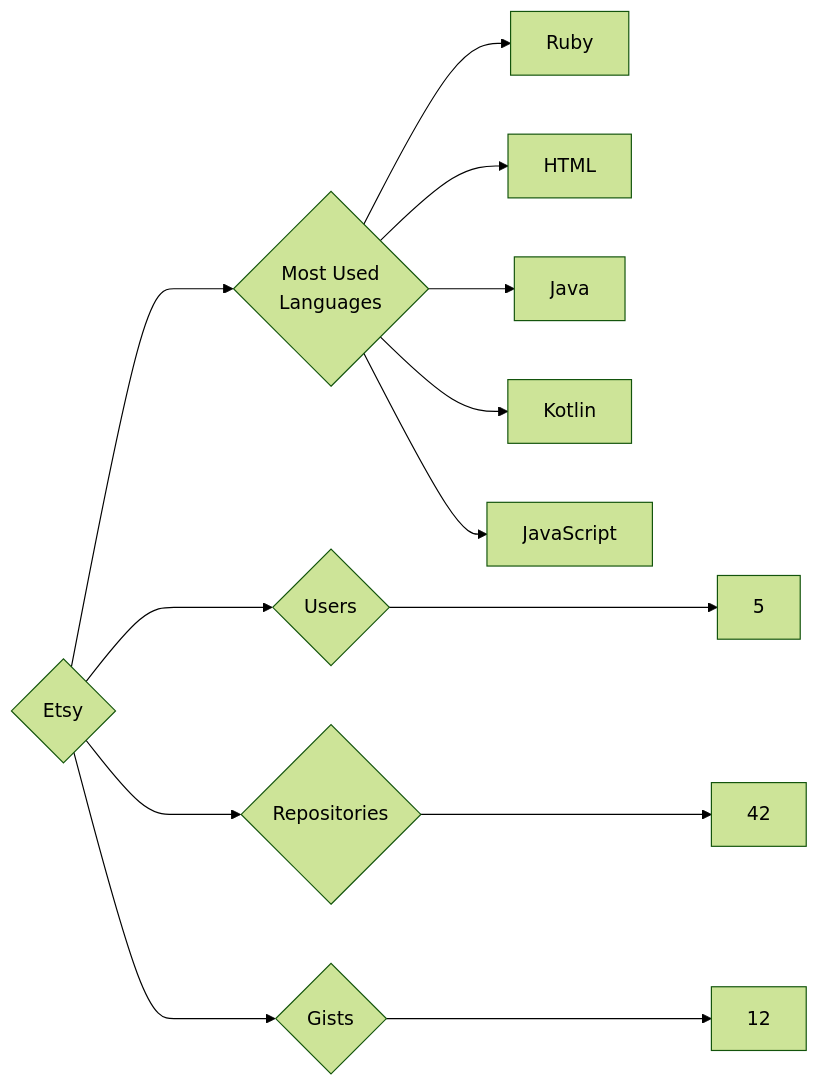
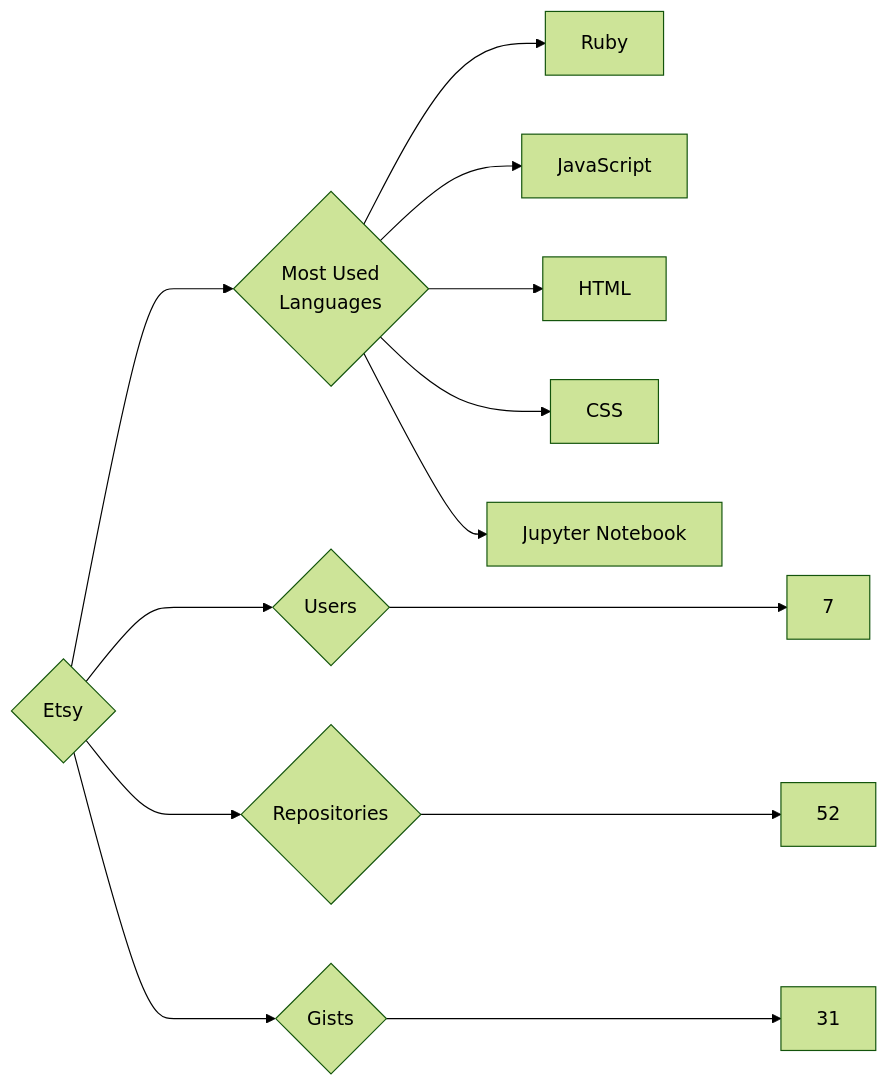
The diagram in targets/Etsy/README.md (trickest/insiders), drawn with Mermaid (forest theme) before and after one commit. The commit also changed 1149 other files, not shown here.

````diff
--- a/targets/Etsy/README.md
+++ b/targets/Etsy/README.md
@@ -3,13 +3,13 @@
 ```mermaid
 graph LR
 COMPANY_NAME{Etsy}
-COMPANY_NAME ---> U{Users} ---> UN[5]
-COMPANY_NAME ---> R{Repositories} ---> RN[42]
-COMPANY_NAME ---> G{Gists} ---> GN[12]
+COMPANY_NAME ---> U{Users} ---> UN[7]
+COMPANY_NAME ---> R{Repositories} ---> RN[52]
+COMPANY_NAME ---> G{Gists} ---> GN[31]
 COMPANY_NAME ---> ML{Most Used<br>Languages}
 ML --> Ruby[Ruby]
+ML --> JavaScript[JavaScript]
 ML --> HTML[HTML]
-ML --> Java[Java]
-ML --> Kotlin[Kotlin]
-ML --> JavaScript[JavaScript]
+ML --> CSS[CSS]
+ML --> Jupyter_Notebook[Jupyter Notebook]
 ```
````
